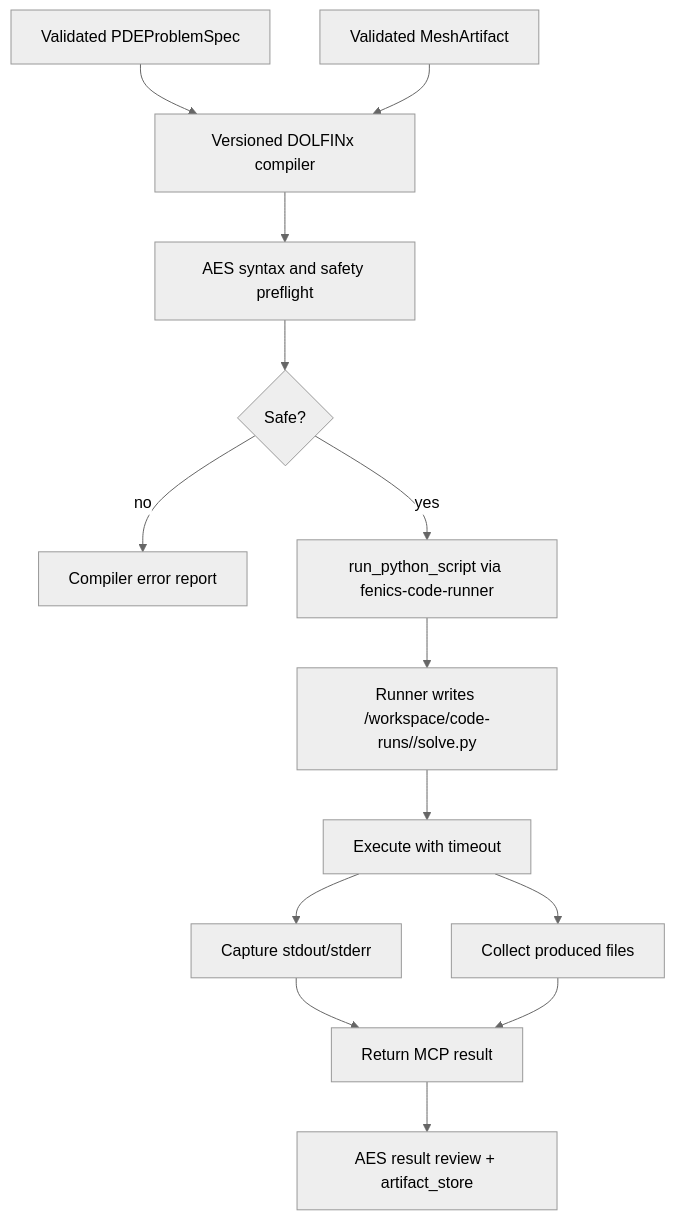
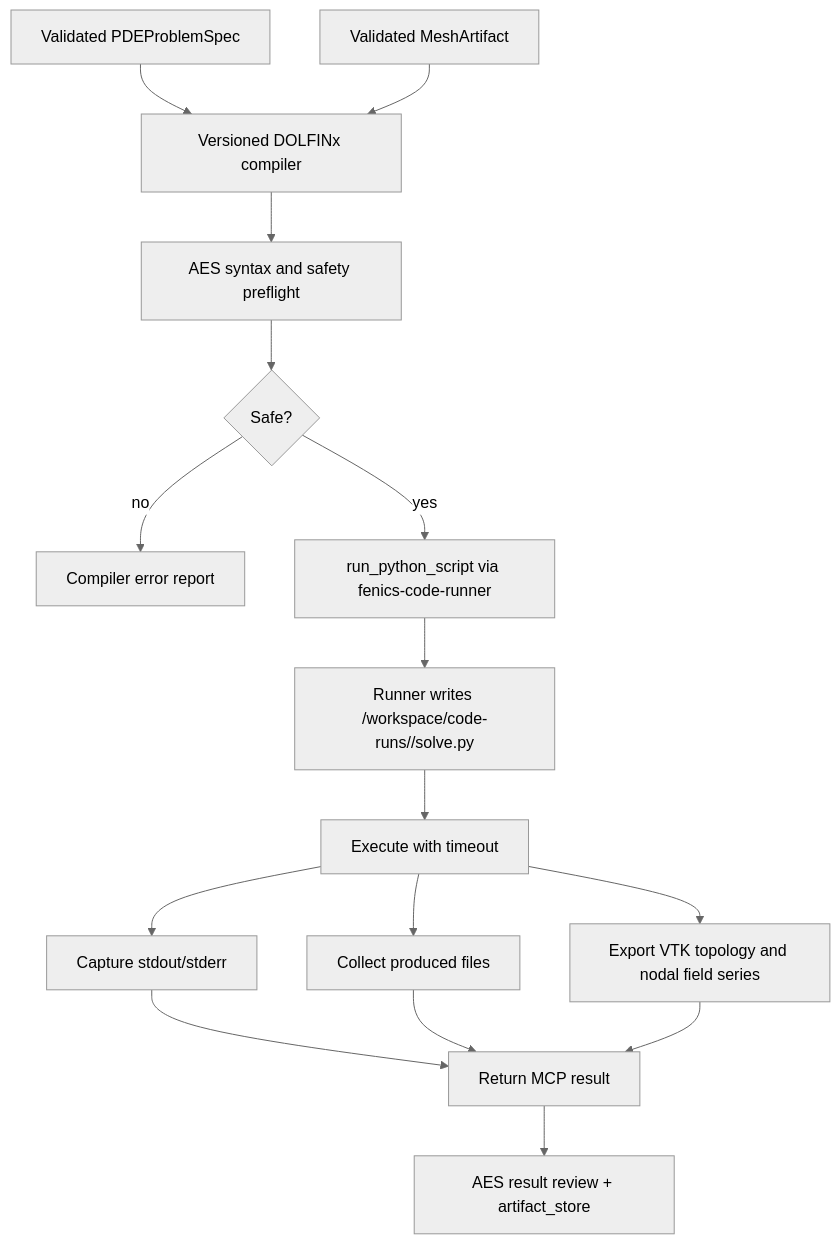
Before and after one commit to RadmirG/AES: the second of 4 diagrams in mcp/providers/fenics/architecture.md, drawn with Mermaid (neutral theme). The commit also changed other lines of this file and 12 other files, not shown here.

````diff
--- a/mcp/providers/fenics/architecture.md
+++ b/mcp/providers/fenics/architecture.md
@@ -40,16 +40,18 @@
 ```mermaid
 flowchart TD
     A["Validated PDEProblemSpec"] --> C["Versioned DOLFINx compiler"]
     B["Validated MeshArtifact"] --> C
     C --> D["AES syntax and safety preflight"]
     D --> E{"Safe?"}
     E -->|no| R["Compiler error report"]
     E -->|yes| F["run_python_script via fenics-code-runner"]
     F --> G["Runner writes /workspace/code-runs/<run_id>/solve.py"]
     G --> H["Execute with timeout"]
     H --> I["Capture stdout/stderr"]
     H --> J["Collect produced files"]
+    H --> V["Export VTK topology and nodal field series"]
     I --> K["Return MCP result"]
     J --> K
+    V --> K
     K --> L["AES result review + artifact_store"]
 ```
````
